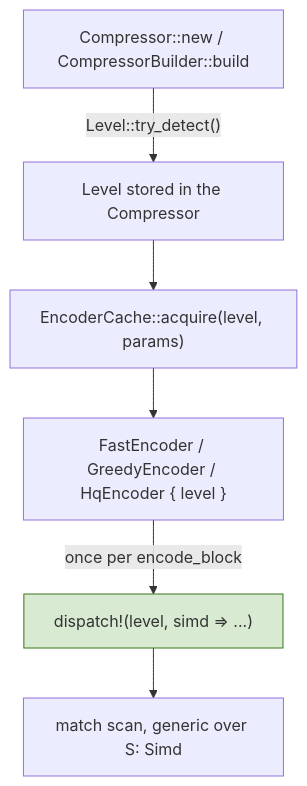
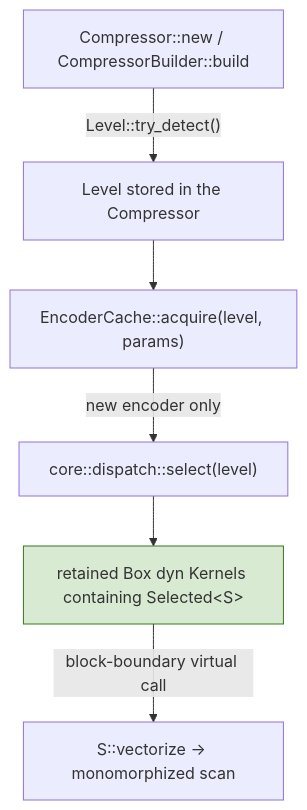
Diagram 11 of 12 in architecture/compressor.md (Mnwa/mbrotli), drawn with Mermaid before and after one commit. The commit also changed other lines of this file and 64 other files, not shown here.

````diff
--- a/architecture/compressor.md
+++ b/architecture/compressor.md
@@ -546,11 +577,11 @@
 ```mermaid
 graph TD
     A["Compressor::new / CompressorBuilder::build"] -->|"Level::try_detect()"| B["Level stored in the Compressor"]
     B --> C["EncoderCache::acquire(level, params)"]
-    C --> D["FastEncoder / GreedyEncoder / HqEncoder { level }"]
-    D -->|"once per encode_block"| E["dispatch!(level, simd => ...)"]
-    E --> F["match scan, generic over S: Simd"]
+    C -->|"new encoder only"| D["core::dispatch::select(level)"]
+    D --> E["retained Box dyn Kernels containing Selected&lt;S&gt;"]
+    E -->|"block-boundary virtual call"| F["S::vectorize → monomorphized scan"]
 
     classDef once fill:#d9ead3,stroke:#38761d;
     class E once;
 ```
````
